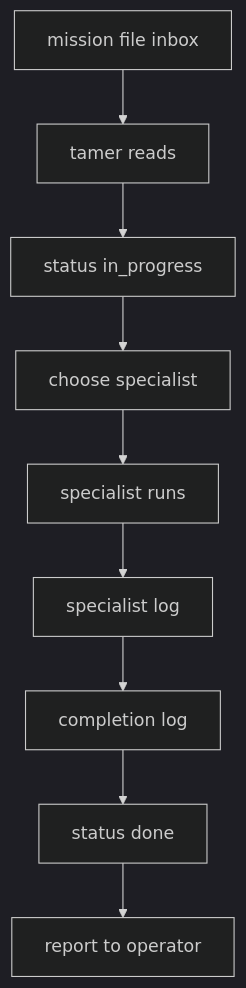
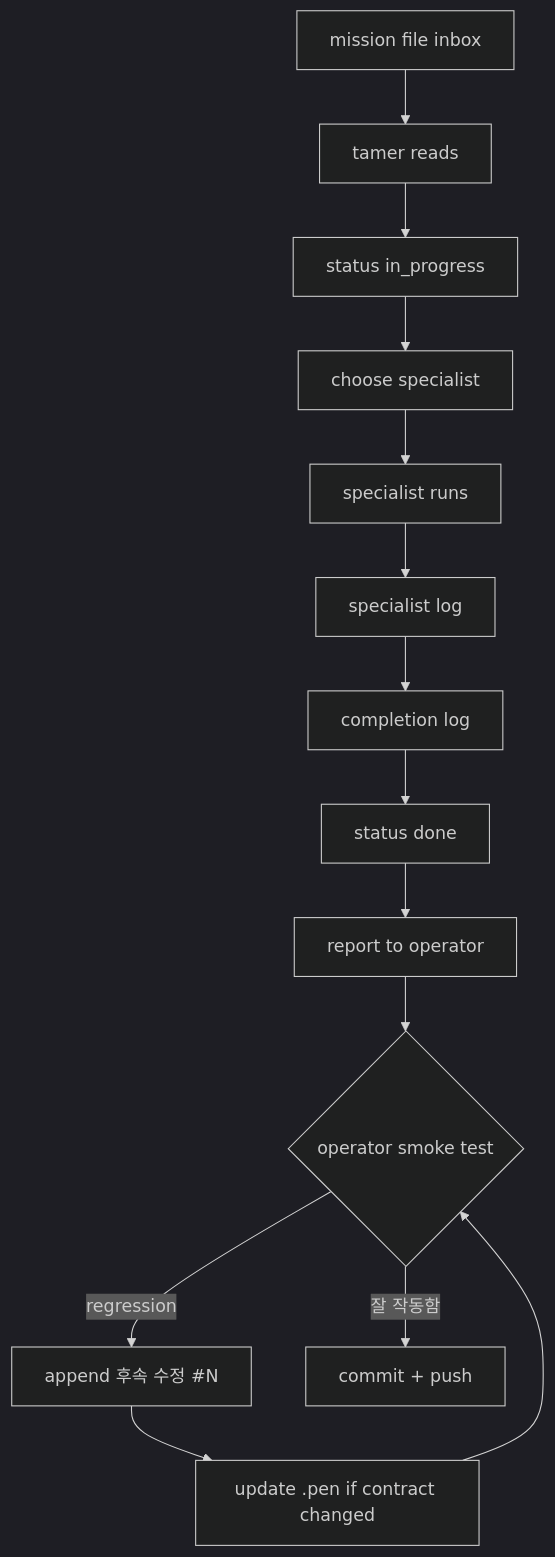
One commit to psmon/AgentZeroLite changed the diagram in harness/engine/mission-dispatch.md. Above: the diagram before and after it, drawn with Mermaid (dark theme). The commit also changed other lines of this file and 2 other files, not shown here.

First line of the commit message:
docs(harness): codify post-done iterative fix loop in mission flow

````diff
--- a/harness/engine/mission-dispatch.md
+++ b/harness/engine/mission-dispatch.md
@@ -38,11 +38,16 @@
 ```mermaid
 flowchart TD
   A[mission file inbox] --> B[tamer reads]
   B --> C[status in_progress]
   C --> D[choose specialist]
   D --> E[specialist runs]
   E --> F[specialist log]
   F --> G[completion log]
   G --> H[status done]
   H --> I[report to operator]
+  I --> J{operator smoke test}
+  J -- regression --> K[append 후속 수정 #N]
+  K --> L[update .pen if contract changed]
+  L --> J
+  J -- 잘 작동함 --> M[commit + push]
 ```
````
